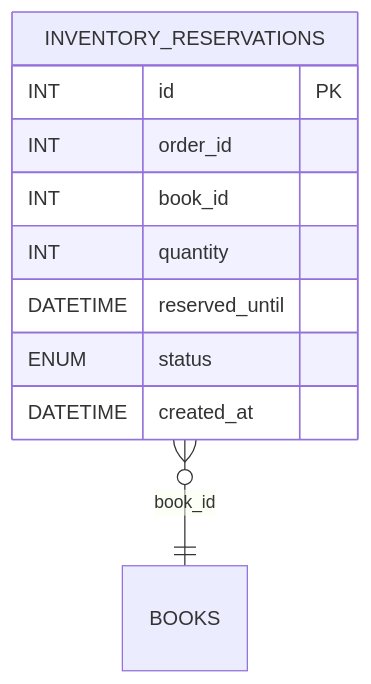
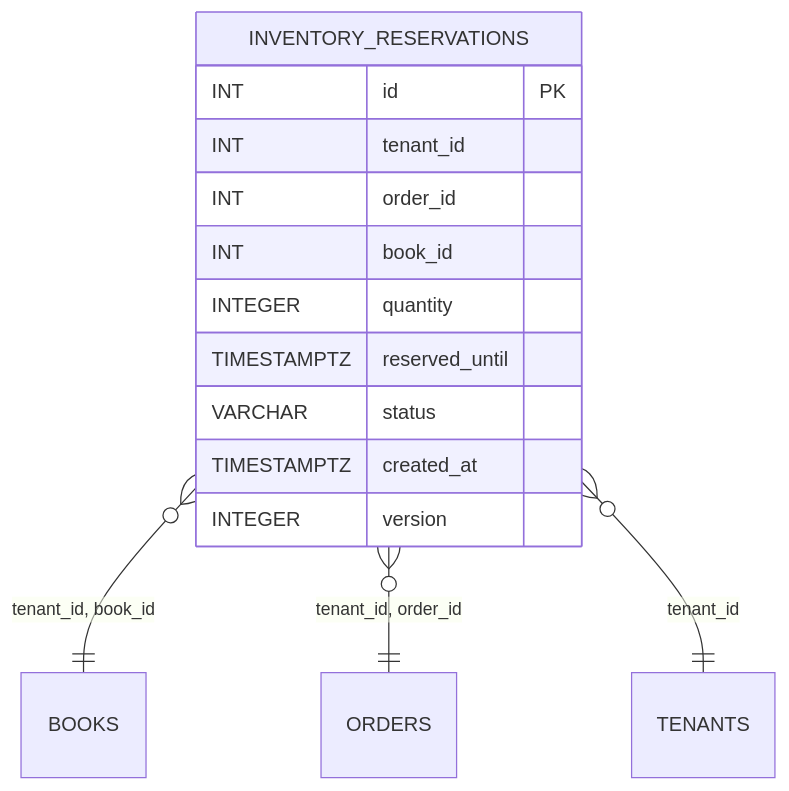
One commit to blackcatdatabase/table-inventory-reservations changed the diagram in README.md. Above: the diagram before and after it, drawn with Mermaid. The commit also changed other lines of this file and 26 other files, not shown here.

First line of the commit message:
Regen schema (#1)

````diff
--- a/README.md
+++ b/README.md
@@ -56,13 +60,17 @@
 ```mermaid
 erDiagram
   INVENTORY_RESERVATIONS {
     INT id PK
+    INT tenant_id
     INT order_id
     INT book_id
-    INT quantity
-    DATETIME reserved_until
-    ENUM status
-    DATETIME created_at
+    INTEGER quantity
+    TIMESTAMPTZ reserved_until
+    VARCHAR status
+    TIMESTAMPTZ created_at
+    INTEGER version
   }
-  INVENTORY_RESERVATIONS }o--|| BOOKS : "book_id"
+  INVENTORY_RESERVATIONS }o--|| BOOKS : "tenant_id, book_id"
+  INVENTORY_RESERVATIONS }o--|| ORDERS : "tenant_id, order_id"
+  INVENTORY_RESERVATIONS }o--|| TENANTS : "tenant_id"
 ```
````
